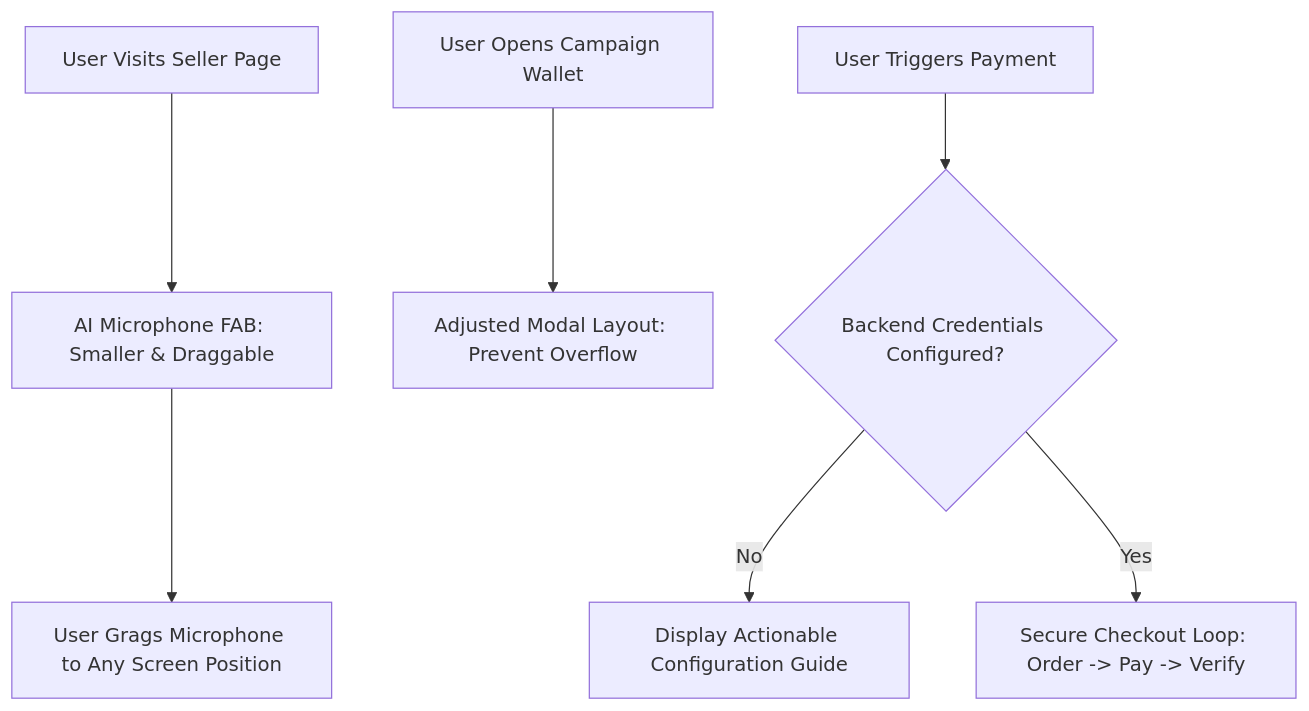
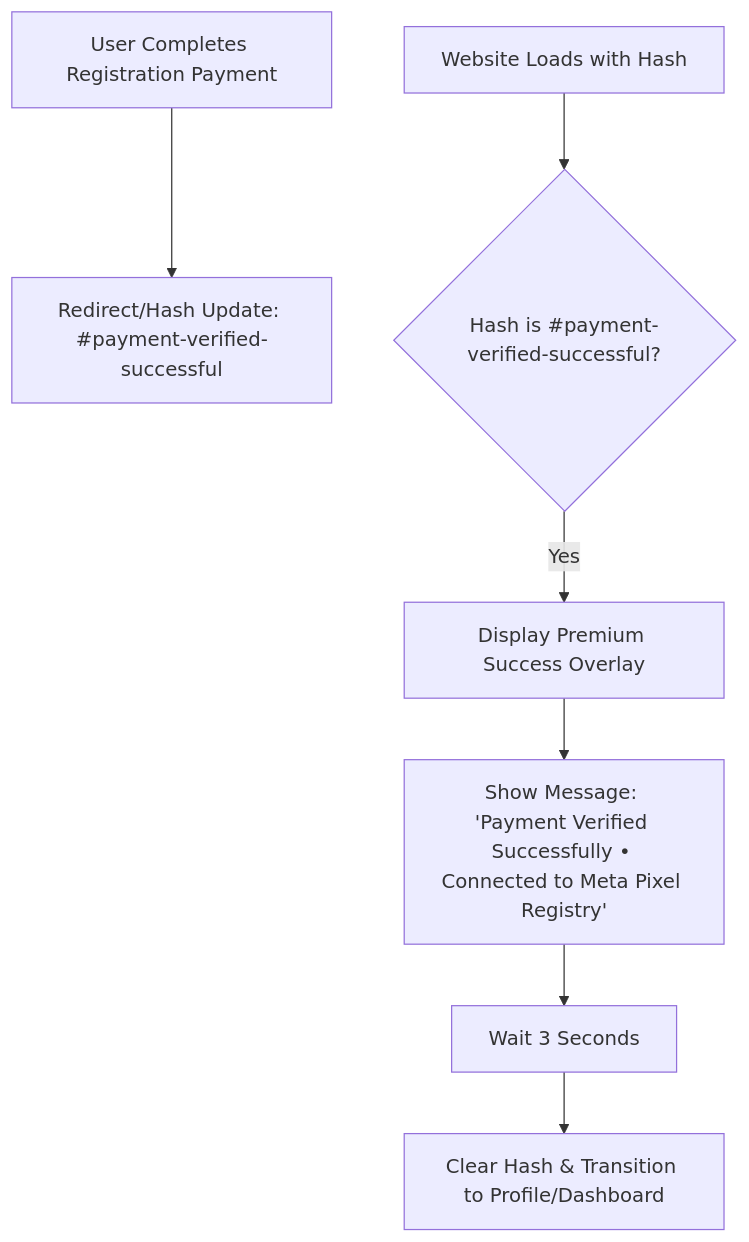
One commit to Suriya663/codez48-web-automation changed the diagram in .artifacts/074f8ead-9721-4f77-87d0-951ebe4b1d7d/implementation_plan.artifact.md. Above: the diagram before and after it, drawn with Mermaid. The commit also changed other lines of this file and 3 other files, not shown here.

````diff
--- a/.artifacts/074f8ead-9721-4f77-87d0-951ebe4b1d7d/implementation_plan.artifact.md
+++ b/.artifacts/074f8ead-9721-4f77-87d0-951ebe4b1d7d/implementation_plan.artifact.md
@@ -7,11 +7,12 @@
 ```mermaid
 flowchart TD
-    A[User Visits Seller Page] --> B[AI Microphone FAB: Smaller & Draggable]
-    B --> C[User Grags Microphone to Any Screen Position]
+    A[User Completes Registration Payment] --> B[Redirect/Hash Update: #payment-verified-successful]
 
-    D[User Opens Campaign Wallet] --> E[Adjusted Modal Layout: Prevent Overflow]
+    C[Website Loads with Hash] --> D{Hash is #payment-verified-successful?}
 
-    F[User Triggers Payment] --> G{Backend Credentials Configured?}
-    G -->|No| H[Display Actionable Configuration Guide]
-    G -->|Yes| I[Secure Checkout Loop: Order -> Pay -> Verify]
+    D -->|Yes| E[Display Premium Success Overlay]
+    E --> F[Show Message: 'Payment Verified Successfully • Connected to Meta Pixel Registry']
+
+    F --> G[Wait 3 Seconds]
+    G --> H[Clear Hash & Transition to Profile/Dashboard]
 ```
````
